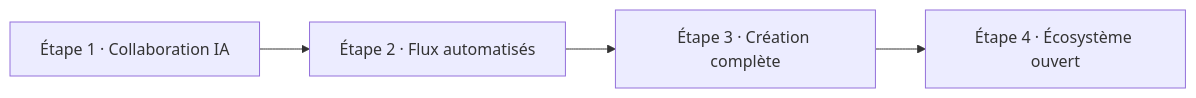
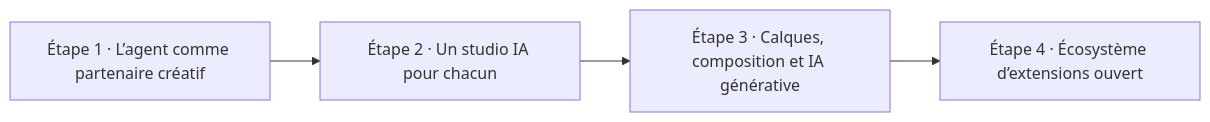
The diagram in open-docs/roadmap.fr.md (KpTanl/OpenPictureStudio), drawn with Mermaid before and after one commit. The commit also changed other lines of this file and 5 other files, not shown here.

Commit message:
按新版路线图同步三语 README 与发展路线图：人和 AI Agent 共用的开放平台与四个新阶段

````diff
--- a/open-docs/roadmap.fr.md
+++ b/open-docs/roadmap.fr.md
@@ -24,6 +28,6 @@
 ```mermaid
 flowchart LR
-    S1["Étape 1 · Collaboration IA"] --> S2["Étape 2 · Flux automatisés"]
-    S2 --> S3["Étape 3 · Création complète"]
-    S3 --> S4["Étape 4 · Écosystème ouvert"]
+    S1["Étape 1 · L’agent comme partenaire créatif"] --> S2["Étape 2 · Un studio IA pour chacun"]
+    S2 --> S3["Étape 3 · Calques, composition et IA générative"]
+    S3 --> S4["Étape 4 · Écosystème d’extensions ouvert"]
 ```
````
